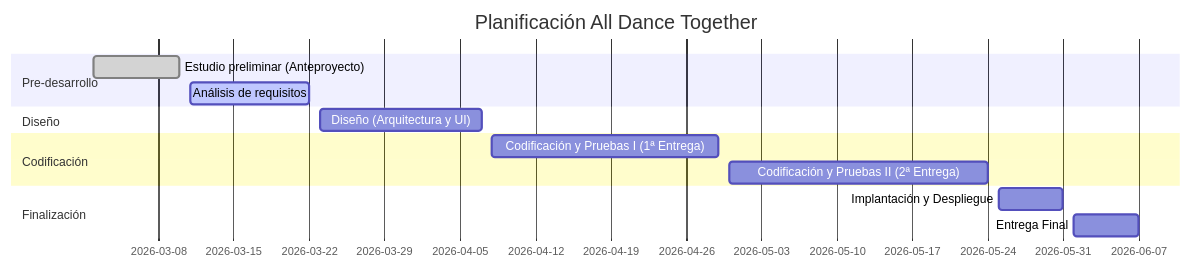
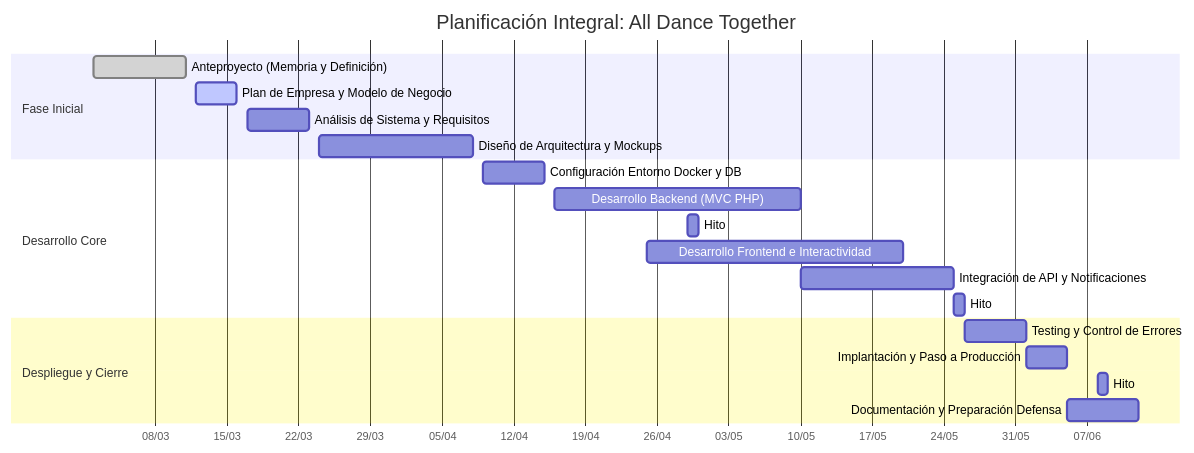
Before and after one commit to MelodyHerPi/Proxecto-DAW-2DAW-Melody-Hernandez-Pineiro: the diagram in plantilla-proxecto/templates/1_Anteproyecto.md, drawn with Mermaid. The commit also changed other lines of this file, not shown here.

Commit message:
Anteproyecto d.gantt

````diff
--- a/plantilla-proxecto/templates/1_Anteproyecto.md
+++ b/plantilla-proxecto/templates/1_Anteproyecto.md
@@ -83,20 +84,26 @@
 ```mermaid
 gantt
-    title Planificación All Dance Together
+    title Planificación Integral: All Dance Together
     dateFormat  YYYY-MM-DD
+    axisFormat %d/%m
+    
+    section Fase Inicial
+    Anteproyecto (Memoria y Definición) :done, 2026-03-02, 2026-03-11
+    Plan de Empresa y Modelo de Negocio :active, 2026-03-12, 2026-03-16
+    Análisis de Sistema y Requisitos     : 2026-03-17, 2026-03-23
+    Diseño de Arquitectura y Mockups    : 2026-03-24, 2026-04-08
 
-    section Pre-desarrollo
-    Estudio preliminar (Anteproyecto) :done, des1, 2026-03-02, 2026-03-10
-    Análisis de requisitos            :active, des2, 2026-03-11, 2026-03-22
+    section Desarrollo Core
+    Configuración Entorno Docker y DB    : 2026-04-09, 2026-04-15
+    Desarrollo Backend (MVC PHP)         : 2026-04-16, 2026-05-10
+    Hito: 1ª Entrega Funcional           : milestone, 2026-04-29, 1d
+    Desarrollo Frontend e Interactividad : 2026-04-25, 2026-05-20
+    Integración de API y Notificaciones  : 2026-05-10, 2026-05-25
+    Hito: 2ª Entrega (Versión Beta)      : milestone, 2026-05-25, 1d
 
-    section Diseño
-    Diseño (Arquitectura y UI)        :des3, 2026-03-23, 2026-04-07
-
-    section Codificación
-    Codificación y Pruebas I (1ª Entrega)  :des4, 2026-04-08, 2026-04-29
-    Codificación y Pruebas II (2ª Entrega) :des5, 2026-04-30, 2026-05-24
-
-    section Finalización
-    Implantación y Despliegue         :des6, 2026-05-25, 2026-05-31
-    Entrega Final                     :des7, 2026-06-01, 2026-06-07
+    section Despliegue y Cierre
+    Testing y Control de Errores         : 2026-05-26, 2026-06-01
+    Implantación y Paso a Producción     : 2026-06-01, 2026-06-05
+    Hito: Entrega Final                  : milestone, 2026-06-08, 1d
+    Documentación y Preparación Defensa  : 2026-06-05, 2026-06-12
 ```
````
